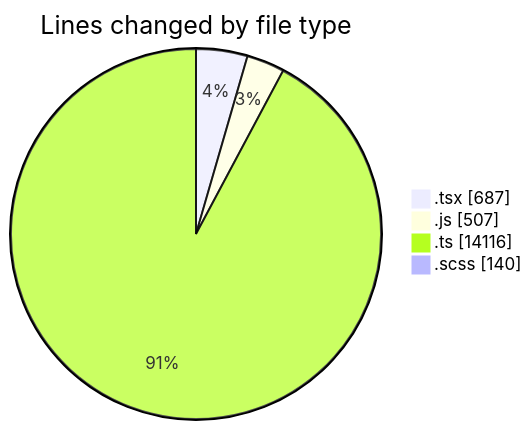
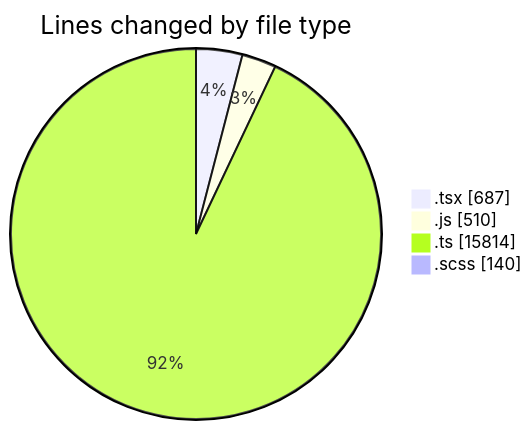
Before and after one commit to momahboobian/code-tracking: the first of 2 diagrams in 2025-06-30/cda/README.md, drawn with Mermaid. The commit also changed other lines of this file and 1 other file, not shown here.

````diff
--- a/2025-06-30/cda/README.md
+++ b/2025-06-30/cda/README.md
@@ -30,8 +31,8 @@
 ```mermaid
 pie showData
 title Lines changed by file type
 ".tsx" : 687
-".js" : 507
-".ts" : 14116
+".js" : 510
+".ts" : 15814
 ".scss" : 140
 ```
````
